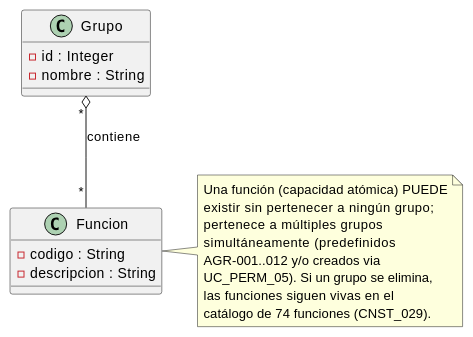
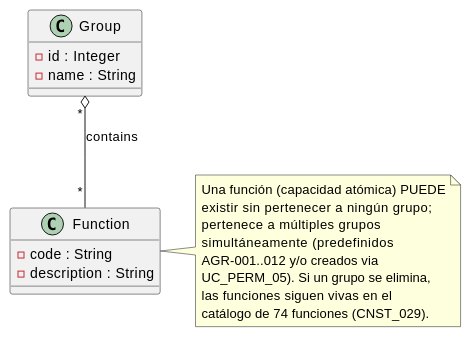
Before and after one commit to jcg-admin/IACT-docs: the diagram in source/requisitos/_metodologia-aplicacion/agregacion-interfaces/funcion-grupo-catalogo-rbac-iact.rst, drawn with PlantUML. The commit also changed 9 other files, not shown here.

```diff
--- a/source/requisitos/_metodologia-aplicacion/agregacion-interfaces/funcion-grupo-catalogo-rbac-iact.rst
+++ b/source/requisitos/_metodologia-aplicacion/agregacion-interfaces/funcion-grupo-catalogo-rbac-iact.rst
@@ -4,26 +4,26 @@
 .. uml::
 
    @startuml
    allowmixing
 
-   class Grupo {
+   class Group {
      - id : Integer
-     - nombre : String
+     - name : String
    }
-   class Funcion {
-     - codigo : String
-     - descripcion : String
+   class Function {
+     - code : String
+     - description : String
    }
 
-   Grupo "*" o-- "*" Funcion : contiene
-   note right of Funcion
+   Group "*" o-- "*" Function : contains
+   note right of Function
      Una función (capacidad atómica) PUEDE
      existir sin pertenecer a ningún grupo;
      pertenece a múltiples grupos
      simultáneamente (predefinidos
      AGR-001..012 y/o creados via
      UC_PERM_05). Si un grupo se elimina,
      las funciones siguen vivas en el
      catálogo de 74 funciones (CNST_029).
    end note
    @enduml
```
